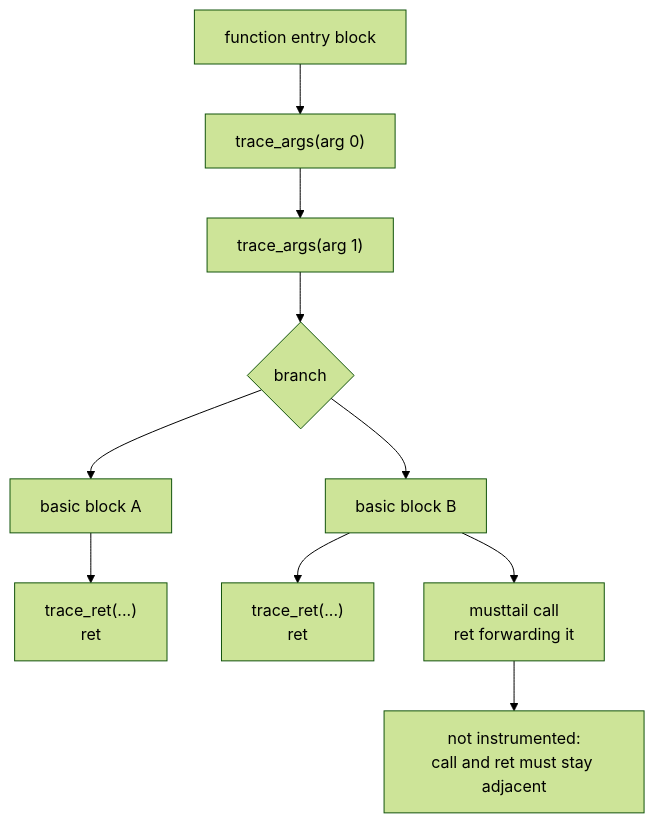
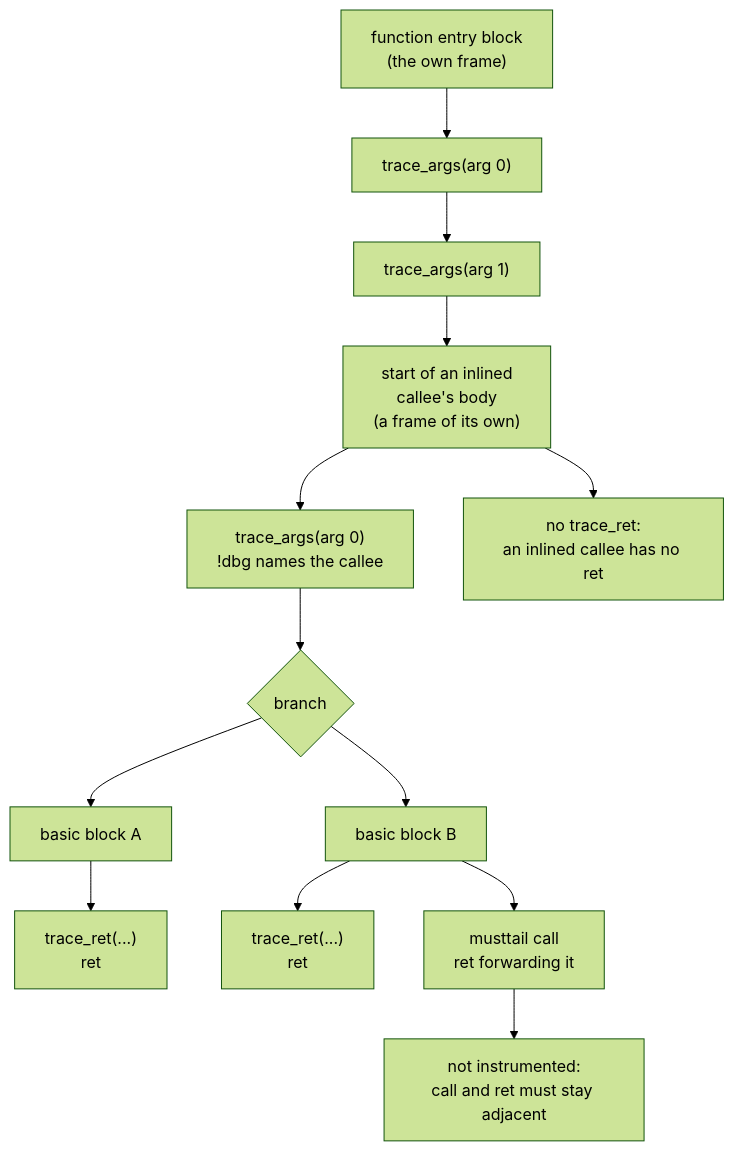
Before and after one commit to trace-args-ret/trace-args-ret.github.io: the diagram in diagrams/dg-16-placement.mmd, drawn with Mermaid (forest theme). The commit also changed 14 other files, not shown here.

```diff
--- a/diagrams/dg-16-placement.mmd
+++ b/diagrams/dg-16-placement.mmd
@@ -1,10 +1,13 @@
 flowchart TD
-    E["function entry block"] --> A0["trace_args(arg 0)"]
+    E["function entry block<br/>(the own frame)"] --> A0["trace_args(arg 0)"]
     A0 --> A1["trace_args(arg 1)"]
-    A1 --> BR{"branch"}
+    A1 --> IB["start of an inlined<br/>callee's body<br/>(a frame of its own)"]
+    IB --> C0["trace_args(arg 0)<br/>!dbg names the callee"]
+    C0 --> BR{"branch"}
     BR --> B1["basic block A"]
     BR --> B2["basic block B"]
     B1 --> R1["trace_ret(...)<br/>ret"]
     B2 --> R2["trace_ret(...)<br/>ret"]
     B2 --> MT["musttail call<br/>ret forwarding it"]
     MT --> NI["not instrumented:<br/>call and ret must stay adjacent"]
+    IB --> NR["no trace_ret:<br/>an inlined callee has no ret"]
```
